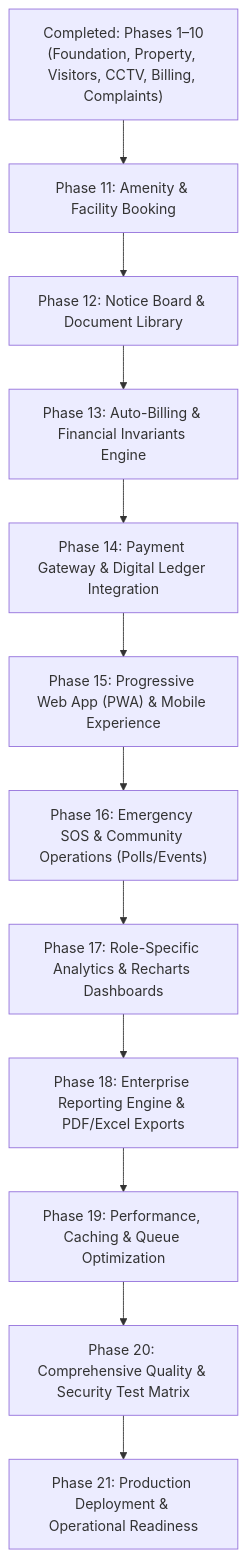
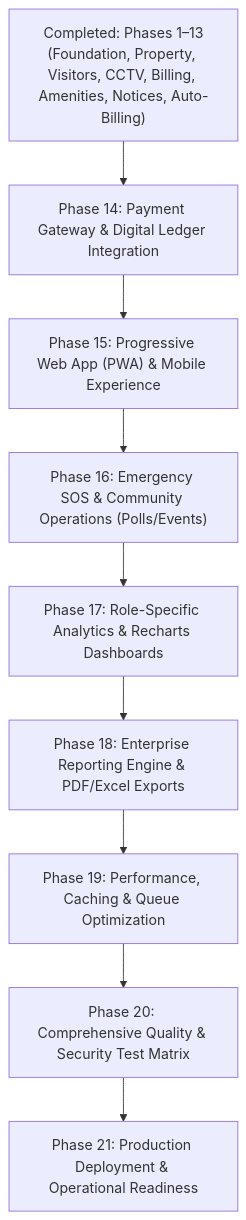
The diagram in docs/mdr_roadmap_architecture_and_pwa_audit.md (developer-somnath/sociosphere), drawn with Mermaid before and after one commit. The commit also changed other lines of this file and 27 other files, not shown here.

Commit message:
feat: implement comprehensive billing management system including automated invoicing, penalty calculations, and flat ledger tracking

````diff
--- a/docs/mdr_roadmap_architecture_and_pwa_audit.md
+++ b/docs/mdr_roadmap_architecture_and_pwa_audit.md
@@ -47,14 +47,11 @@
 ```mermaid
 flowchart TD
-    P1_10["Completed: Phases 1–10\n(Foundation, Property, Visitors, CCTV, Billing, Complaints)"] --> P11["Phase 11: Amenity & Facility Booking"]
-    P11 --> P12["Phase 12: Notice Board & Document Library"]
-    P12 --> P13["Phase 13: Auto-Billing & Financial Invariants Engine"]
-    P13 --> P14["Phase 14: Payment Gateway & Digital Ledger Integration"]
+    P1_13["Completed: Phases 1–13\n(Foundation, Property, Visitors, CCTV, Billing, Amenities, Notices, Auto-Billing)"] --> P14["Phase 14: Payment Gateway & Digital Ledger Integration"]
     P14 --> P15["Phase 15: Progressive Web App (PWA) & Mobile Experience"]
     P15 --> P16["Phase 16: Emergency SOS & Community Operations (Polls/Events)"]
     P16 --> P17["Phase 17: Role-Specific Analytics & Recharts Dashboards"]
     P17 --> P18["Phase 18: Enterprise Reporting Engine & PDF/Excel Exports"]
     P18 --> P19["Phase 19: Performance, Caching & Queue Optimization"]
     P19 --> P20["Phase 20: Comprehensive Quality & Security Test Matrix"]
     P20 --> P21["Phase 21: Production Deployment & Operational Readiness"]
 ```
````
